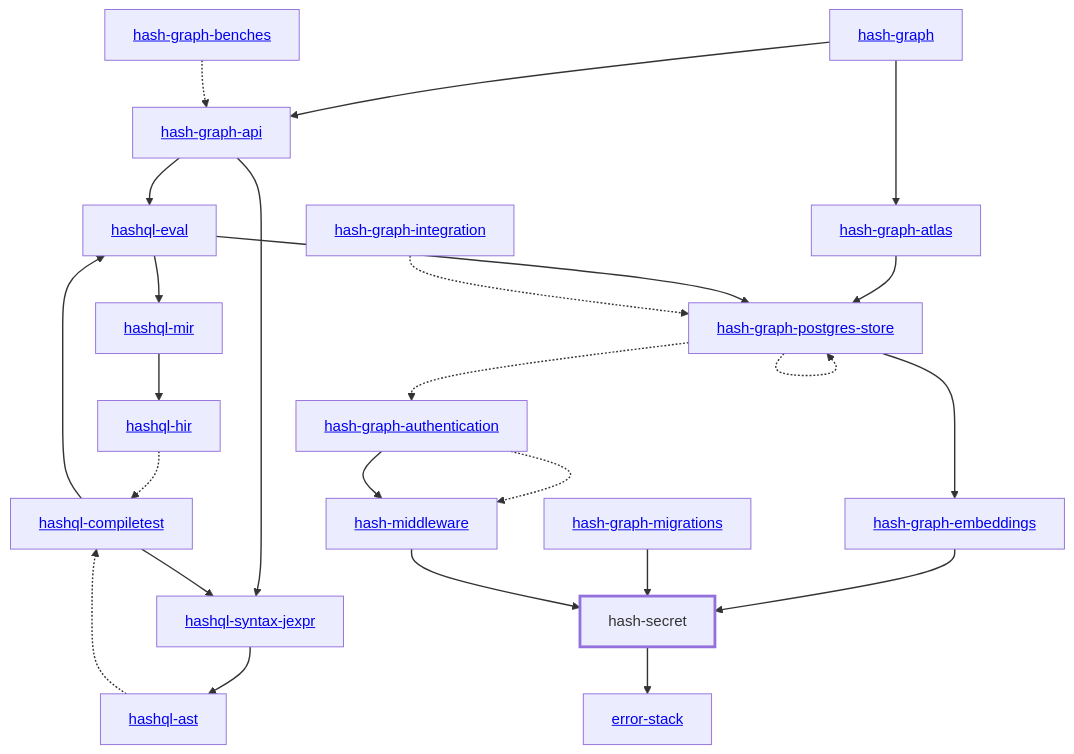
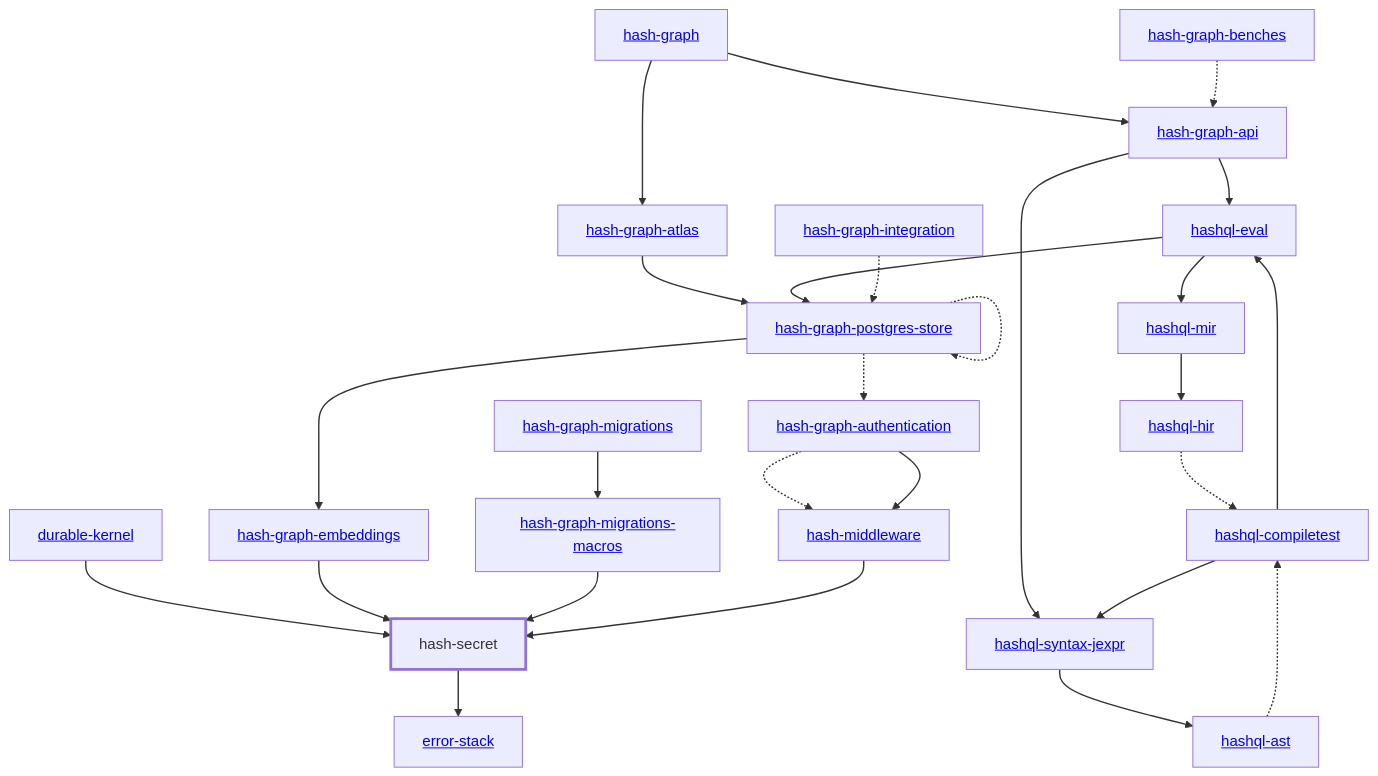
One commit to hashintel/hash changed the diagram in libs/@local/secret/docs/dependency-diagram.mmd. Above: the diagram before and after it, drawn with Mermaid. The commit also changed 13 other files, not shown here.

Commit message:
Replace sha2 with hash-secret's SHA-256

```diff
--- a/libs/@local/secret/docs/dependency-diagram.mmd
+++ b/libs/@local/secret/docs/dependency-diagram.mmd
@@ -1,53 +1,57 @@
 graph TD
     linkStyle default stroke-width:1.5px
     classDef default stroke-width:1px
     classDef root stroke-width:3px
     classDef dev stroke-width:1px
     classDef build stroke-width:1px
     %% Legend
     %% --> : Normal dependency
     %% -.-> : Dev dependency
     %% ---> : Build dependency
     0[<a href="../hash_graph/index.html">hash-graph</a>]
-    1[<a href="../hash_graph_api/index.html">hash-graph-api</a>]
-    2[<a href="../hash_graph_atlas/index.html">hash-graph-atlas</a>]
-    3[<a href="../hash_graph_authentication/index.html">hash-graph-authentication</a>]
-    4[<a href="../hash_graph_embeddings/index.html">hash-graph-embeddings</a>]
-    5[<a href="../hash_graph_migrations/index.html">hash-graph-migrations</a>]
-    6[<a href="../hash_graph_postgres_store/index.html">hash-graph-postgres-store</a>]
-    7[<a href="../hashql_ast/index.html">hashql-ast</a>]
-    8[<a href="../hashql_compiletest/index.html">hashql-compiletest</a>]
-    9[<a href="../hashql_eval/index.html">hashql-eval</a>]
-    10[<a href="../hashql_hir/index.html">hashql-hir</a>]
-    11[<a href="../hashql_mir/index.html">hashql-mir</a>]
-    12[<a href="../hashql_syntax_jexpr/index.html">hashql-syntax-jexpr</a>]
-    13[<a href="../hash_middleware/index.html">hash-middleware</a>]
-    14[hash-secret]
-    class 14 root
-    15[<a href="../error_stack/index.html">error-stack</a>]
-    16[<a href="../hash_graph_benches/index.html">hash-graph-benches</a>]
-    17[<a href="../hash_graph_integration/index.html">hash-graph-integration</a>]
-    0 --> 1
+    1[<a href="../durable_kernel/index.html">durable-kernel</a>]
+    2[<a href="../hash_graph_api/index.html">hash-graph-api</a>]
+    3[<a href="../hash_graph_atlas/index.html">hash-graph-atlas</a>]
+    4[<a href="../hash_graph_authentication/index.html">hash-graph-authentication</a>]
+    5[<a href="../hash_graph_embeddings/index.html">hash-graph-embeddings</a>]
+    6[<a href="../hash_graph_migrations/index.html">hash-graph-migrations</a>]
+    7[<a href="../hash_graph_migrations_macros/index.html">hash-graph-migrations-macros</a>]
+    8[<a href="../hash_graph_postgres_store/index.html">hash-graph-postgres-store</a>]
+    9[<a href="../hashql_ast/index.html">hashql-ast</a>]
+    10[<a href="../hashql_compiletest/index.html">hashql-compiletest</a>]
+    11[<a href="../hashql_eval/index.html">hashql-eval</a>]
+    12[<a href="../hashql_hir/index.html">hashql-hir</a>]
+    13[<a href="../hashql_mir/index.html">hashql-mir</a>]
+    14[<a href="../hashql_syntax_jexpr/index.html">hashql-syntax-jexpr</a>]
+    15[<a href="../hash_middleware/index.html">hash-middleware</a>]
+    16[hash-secret]
+    class 16 root
+    17[<a href="../error_stack/index.html">error-stack</a>]
+    18[<a href="../hash_graph_benches/index.html">hash-graph-benches</a>]
+    19[<a href="../hash_graph_integration/index.html">hash-graph-integration</a>]
     0 --> 2
-    1 --> 9
-    1 --> 12
-    2 --> 6
-    3 -.-> 13
-    3 --> 13
-    4 --> 14
-    5 --> 14
-    6 -.-> 3
-    6 --> 4
-    6 -.-> 6
-    7 -.-> 8
-    8 --> 9
-    8 --> 12
-    9 --> 6
-    9 --> 11
-    10 -.-> 8
-    11 --> 10
-    12 --> 7
-    13 --> 14
-    14 --> 15
-    16 -.-> 1
-    17 -.-> 6
+    0 --> 3
+    1 --> 16
+    2 --> 11
+    2 --> 14
+    3 --> 8
+    4 -.-> 15
+    4 --> 15
+    5 --> 16
+    6 --> 7
+    7 --> 16
+    8 -.-> 4
+    8 --> 5
+    8 -.-> 8
+    9 -.-> 10
+    10 --> 11
+    10 --> 14
+    11 --> 8
+    11 --> 13
+    12 -.-> 10
+    13 --> 12
+    14 --> 9
+    15 --> 16
+    16 --> 17
+    18 -.-> 2
+    19 -.-> 8
```
